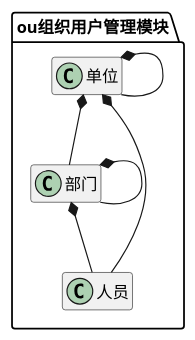
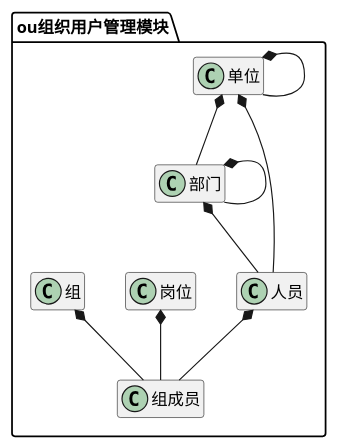
Before and after one commit to zj335841911/nt_chandao: the sixth of 6 diagrams in ibizpms-docs/src/main/doc/v1/module/module_index.md, drawn with PlantUML. The commit also changed 81 other files, not shown here.

```diff
--- a/ibizpms-docs/src/main/doc/v1/module/module_index.md
+++ b/ibizpms-docs/src/main/doc/v1/module/module_index.md
@@ -785,35 +785,53 @@
 {% plantuml %}
 
 package ou组织用户管理模块 {
 
 class 部门 {
 }
 
 class 人员 {
 }
 
 class 单位 {
+}
+
+class 岗位 {
+}
+
+class 组 {
+}
+
+class 组成员 {
 }
 
 
 部门 *-- 人员 
 
 
 单位 *-- 人员 
 
 
 部门 *-- 部门 
 
 
 单位 *-- 部门 
 
 
 单位 *-- 单位 
 
 
+人员 *-- 组成员 
+
+
+岗位 *-- 组成员 
+
+
+组 *-- 组成员 
+
+
 
 }
 
 hide members
 
 {% endplantuml %}
```
